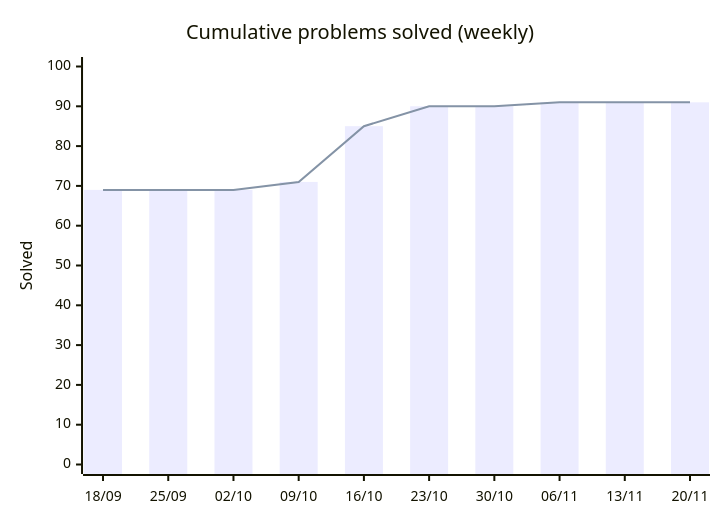
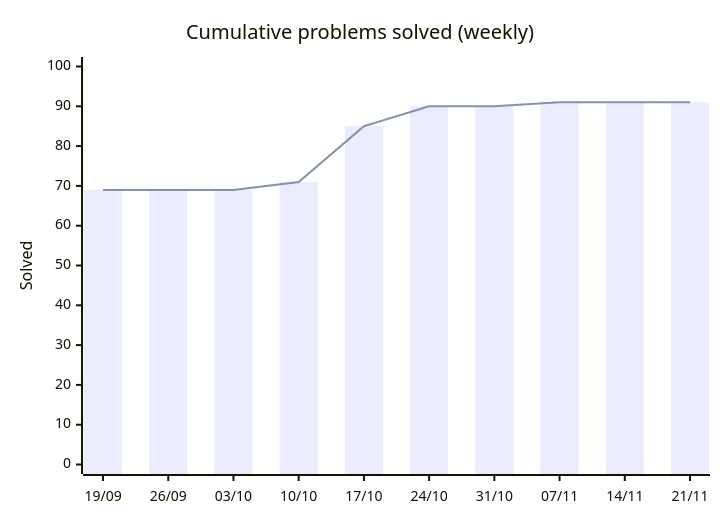
The first of 2 diagrams in README.md (HarryTrn/TensorTonic-Solutions), drawn with Mermaid before and after one commit. The commit also changed other lines of this file, not shown here.

Commit message:
docs: auto-update README [skip ci]

````diff
--- a/README.md
+++ b/README.md
@@ -65,8 +65,8 @@
 ```mermaid
 xychart-beta
     title "Cumulative problems solved (weekly)"
-    x-axis ["18/09", "25/09", "02/10", "09/10", "16/10", "23/10", "30/10", "06/11", "13/11", "20/11"]
+    x-axis ["19/09", "26/09", "03/10", "10/10", "17/10", "24/10", "31/10", "07/11", "14/11", "21/11"]
     y-axis "Solved" 0 --> 100
     bar [69, 69, 69, 71, 85, 90, 90, 91, 91, 91]
     line [69, 69, 69, 71, 85, 90, 90, 91, 91, 91]
 ```
````
